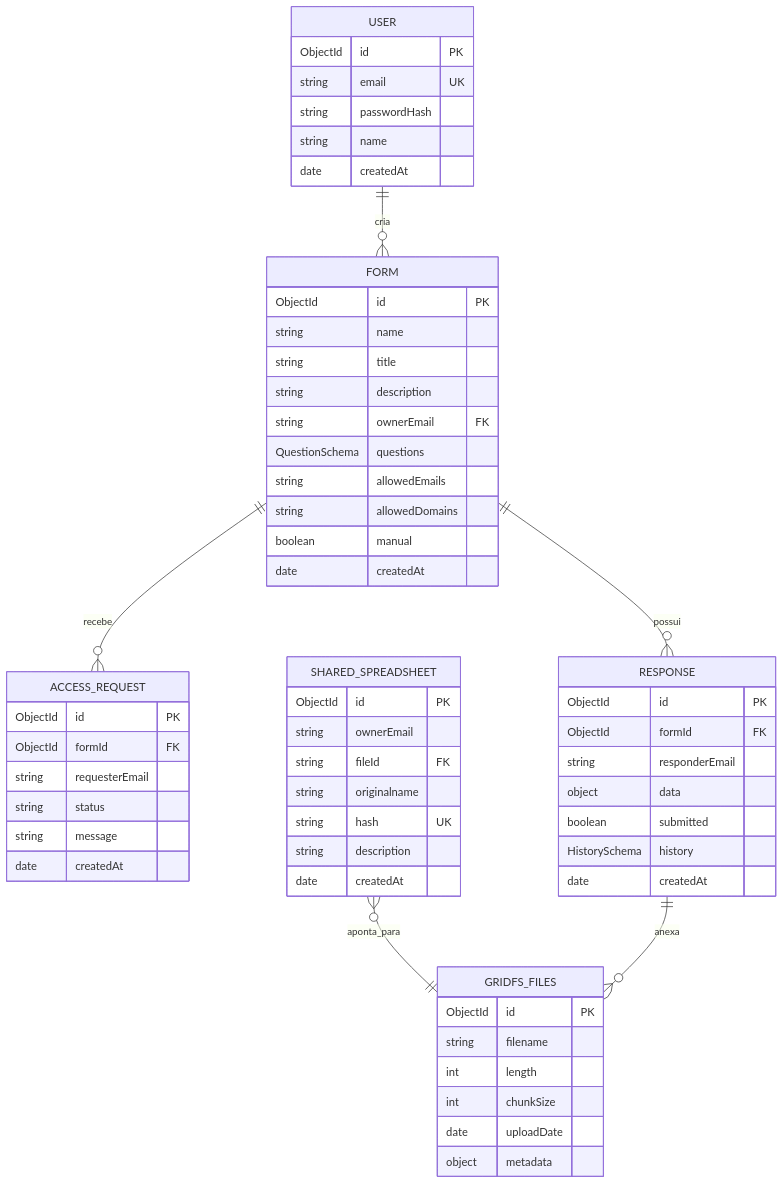
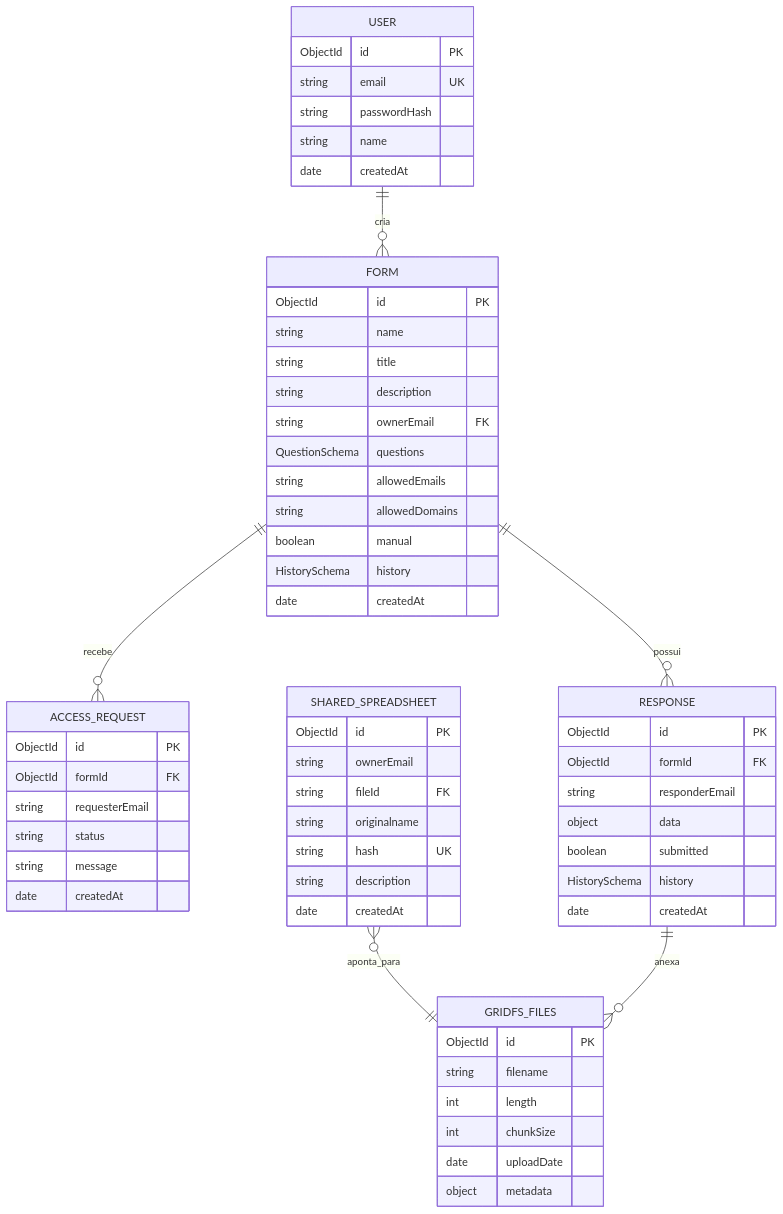
The second of 5 diagrams in respostas_projeto_extensao.md (Vlade908/XLS_FUSION), drawn with Mermaid before and after one commit. The commit also changed other lines of this file, not shown here.

````diff
--- a/respostas_projeto_extensao.md
+++ b/respostas_projeto_extensao.md
@@ -151,62 +151,63 @@
 ```mermaid
 erDiagram
     USER {
         ObjectId id PK
         string email UK
         string passwordHash
         string name
         date createdAt
     }
     FORM {
         ObjectId id PK
         string name
         string title
         string description
         string ownerEmail FK
         QuestionSchema questions
         string allowedEmails
         string allowedDomains
         boolean manual
+        HistorySchema history
         date createdAt
     }
     ACCESS_REQUEST {
         ObjectId id PK
         ObjectId formId FK
         string requesterEmail
         string status
         string message
         date createdAt
     }
     RESPONSE {
         ObjectId id PK
         ObjectId formId FK
         string responderEmail
         object data
         boolean submitted
         HistorySchema history
         date createdAt
     }
     SHARED_SPREADSHEET {
         ObjectId id PK
         string ownerEmail
         string fileId FK
         string originalname
         string hash UK
         string description
         date createdAt
     }
     GRIDFS_FILES {
         ObjectId id PK
         string filename
         int length
         int chunkSize
         date uploadDate
         object metadata
     }
 
     USER ||--o{ FORM : "cria"
     FORM ||--o{ ACCESS_REQUEST : "recebe"
     FORM ||--o{ RESPONSE : "possui"
     SHARED_SPREADSHEET }o--|| GRIDFS_FILES : "aponta_para"
     RESPONSE ||--o{ GRIDFS_FILES : "anexa"
 ```
````
